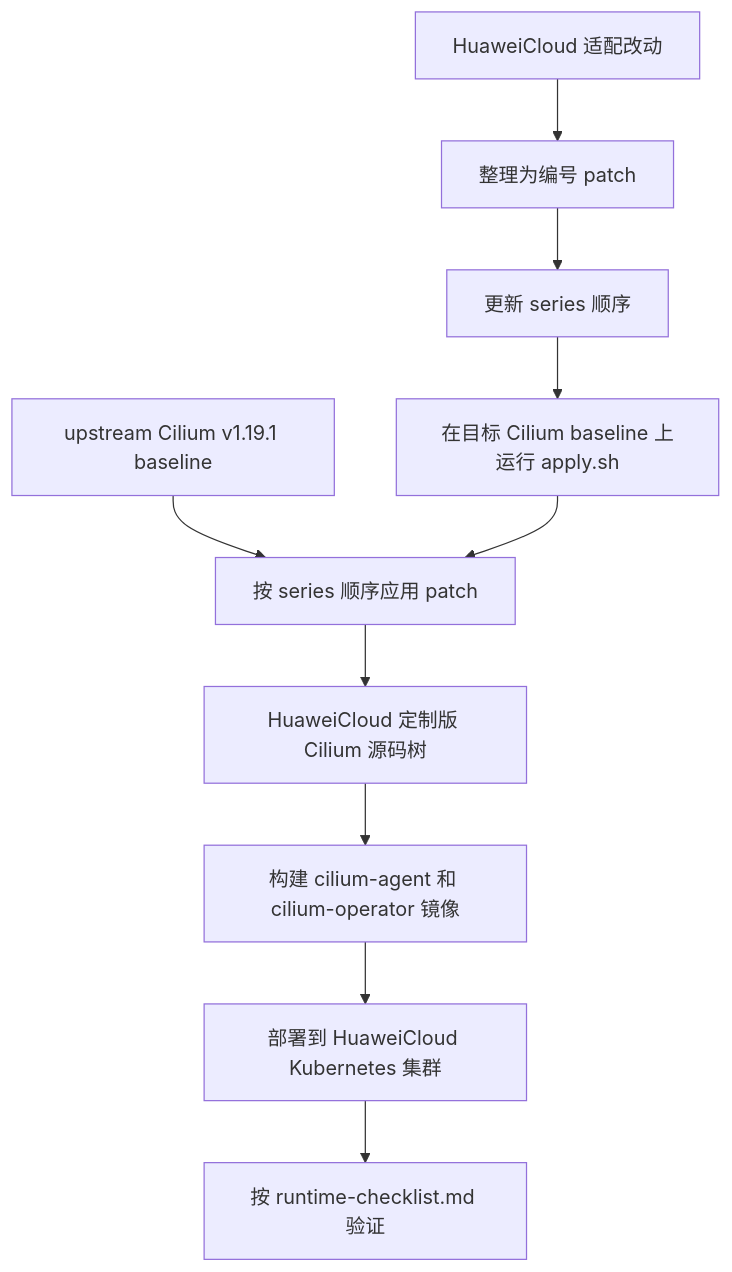
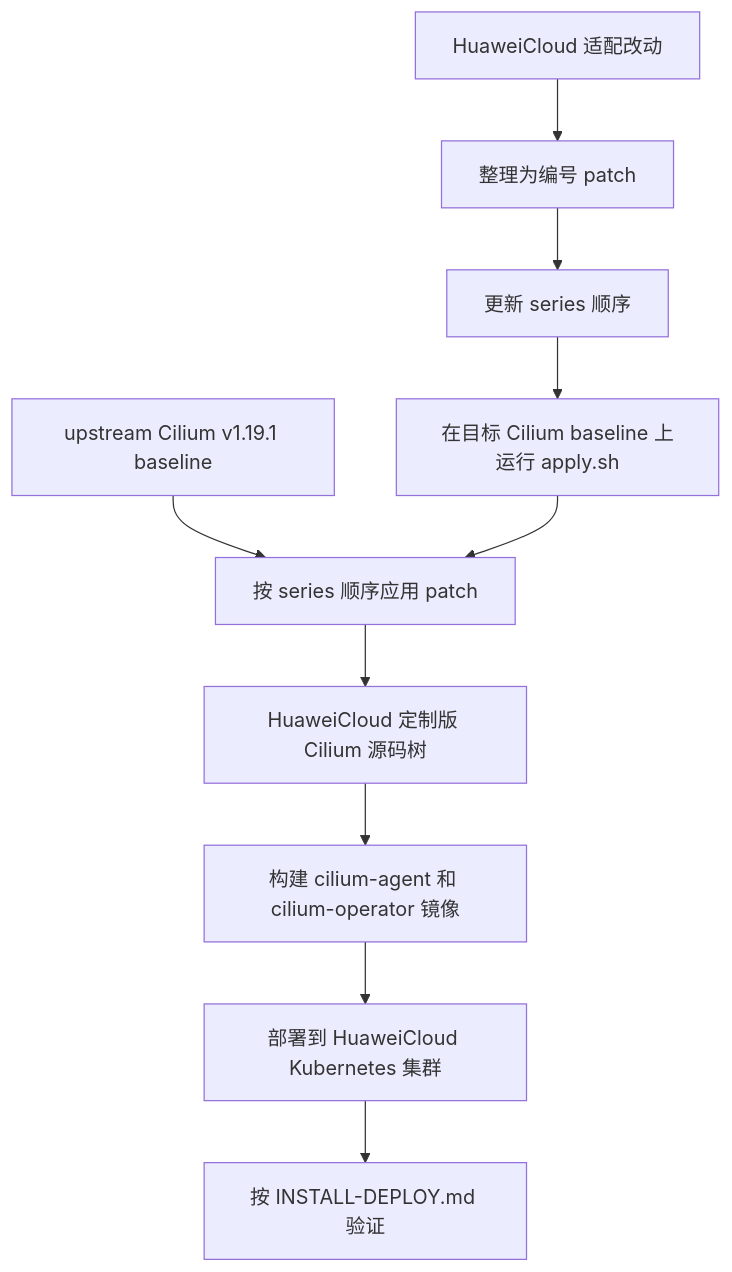
One commit to lchany/huawei-cilium-plug changed the first of 4 diagrams in README.md. Above: the diagram before and after it, drawn with Mermaid. The commit also changed other lines of this file and 2 other files, not shown here.

Commit message:
docs: remove runtime checklist

````diff
--- a/README.md
+++ b/README.md
@@ -50,17 +48,17 @@
 ```mermaid
 flowchart TB
     base["upstream Cilium v1.19.1 baseline"]
     apply["按 series 顺序应用 patch"]
     source["HuaweiCloud 定制版 Cilium 源码树"]
     build["构建 cilium-agent 和 cilium-operator 镜像"]
     deploy["部署到 HuaweiCloud Kubernetes 集群"]
-    verify["按 runtime-checklist.md 验证"]
+    verify["按 INSTALL-DEPLOY.md 验证"]
 
     change["HuaweiCloud 适配改动"]
     patch["整理为编号 patch"]
     series["更新 series 顺序"]
     run["在目标 Cilium baseline 上运行 apply.sh"]
 
     base --> apply --> source --> build --> deploy --> verify
     change --> patch --> series --> run --> apply
 ```
````
